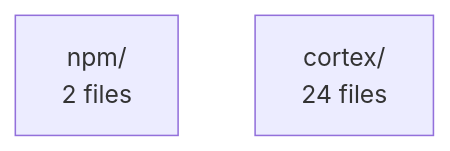
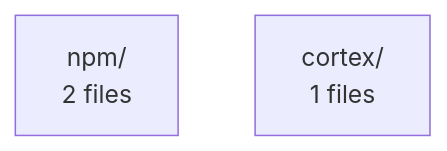
One commit to kovalenko-tech/cortex changed the diagram in .claude/docs/SUMMARY.md. Above: the diagram before and after it, drawn with Mermaid. The commit also changed other lines of this file and 6 other files, not shown here.

````diff
--- a/.claude/docs/SUMMARY.md
+++ b/.claude/docs/SUMMARY.md
@@ -12,5 +12,5 @@
 ```mermaid
 graph TD
     npm["npm/\n2 files"]
-    cortex["cortex/\n24 files"]
+    cortex["cortex/\n1 files"]
 ```
````
